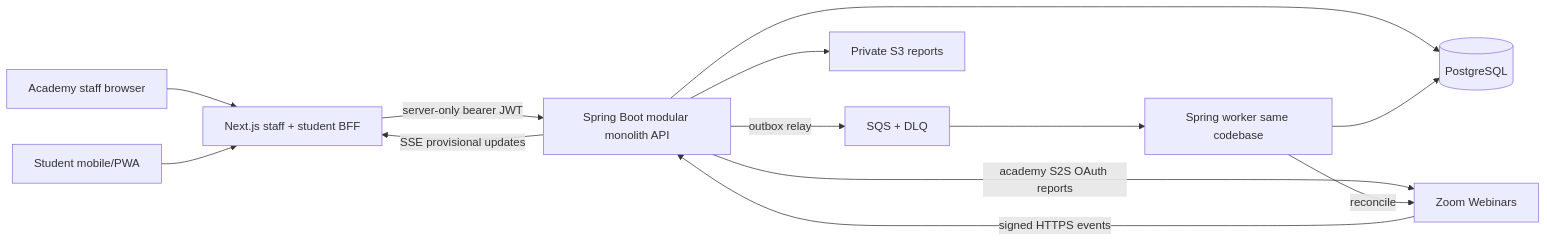
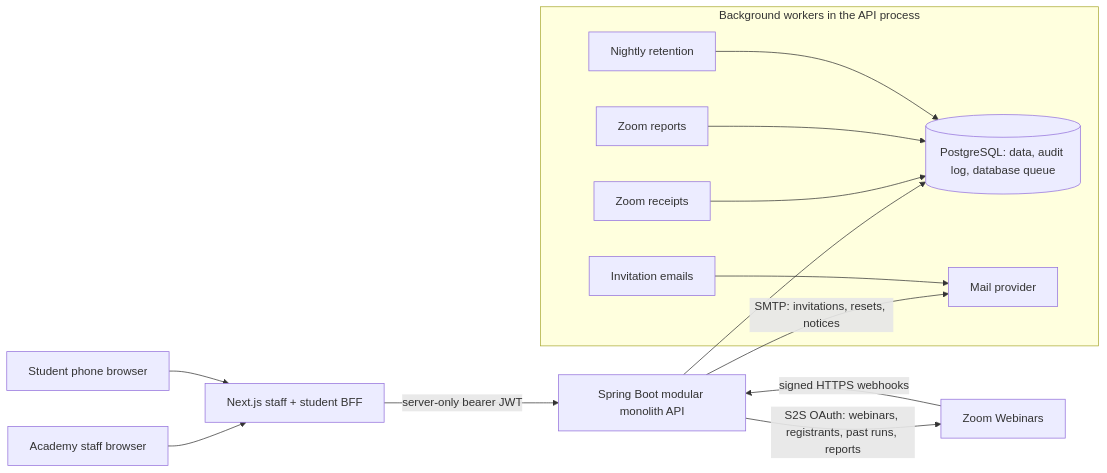
The diagram in docs/diagrams/context.mmd (Suthankan1/luma-pca), drawn with Mermaid before and after one commit. The commit also changed 20 other files, not shown here.

```diff
--- a/docs/diagrams/context.mmd
+++ b/docs/diagrams/context.mmd
@@ -1,13 +1,14 @@
 flowchart LR
   staff[Academy staff browser] --> next[Next.js staff + student BFF]
-  student[Student mobile/PWA] --> next
+  student[Student phone browser] --> next
   next -->|server-only bearer JWT| api[Spring Boot modular monolith API]
-  api --> pg[(PostgreSQL)]
-  api -->|SSE provisional updates| next
-  zoom[Zoom Webinars] -->|signed HTTPS events| api
-  api -->|academy S2S OAuth reports| zoom
-  api -->|outbox relay| queue[SQS + DLQ]
-  queue --> worker[Spring worker same codebase]
-  worker --> pg
-  worker -->|reconcile| zoom
-  api --> s3[Private S3 reports]
+  api --> pg[(PostgreSQL: data, audit log, database queue)]
+  zoom[Zoom Webinars] -->|signed HTTPS webhooks| api
+  api -->|S2S OAuth: webinars, registrants, past runs, reports| zoom
+  api -->|SMTP: invitations, resets, notices| mail[Mail provider]
+  subgraph workers[Background workers in the API process]
+    receipts[Zoom receipts] --> pg
+    reports[Zoom reports] --> pg
+    emails[Invitation emails] --> mail
+    retention[Nightly retention] --> pg
+  end
```
